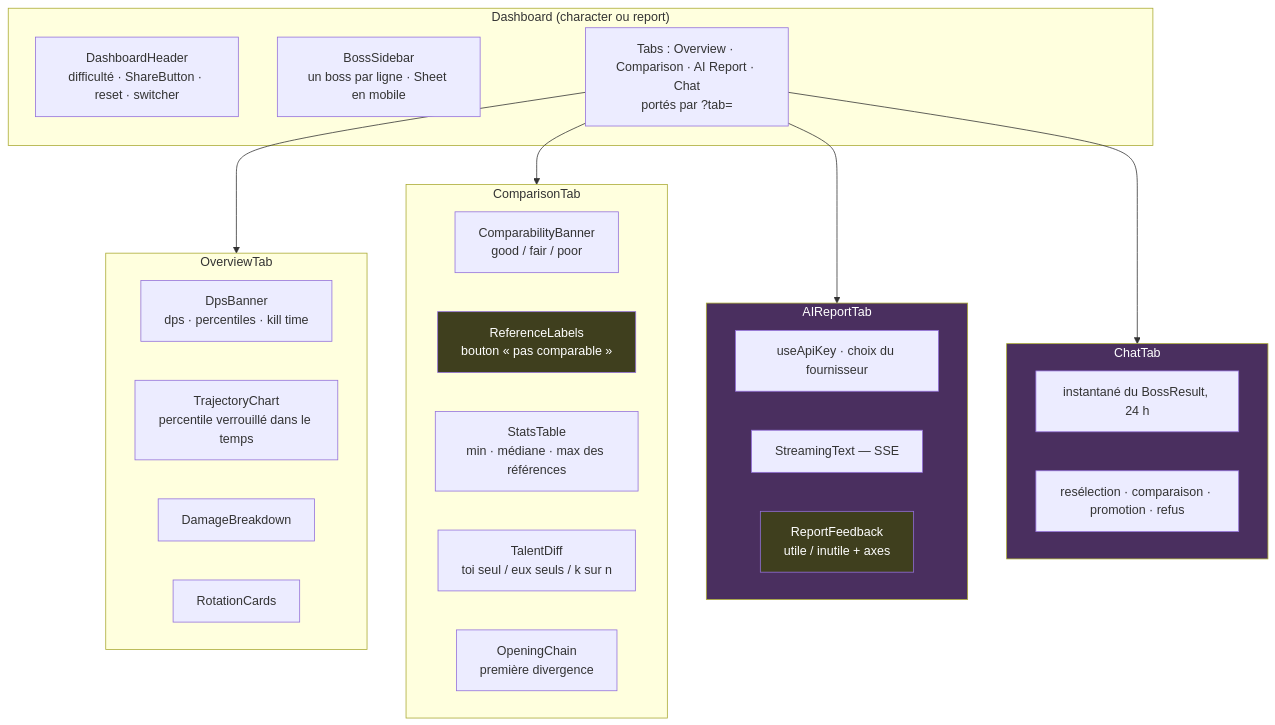
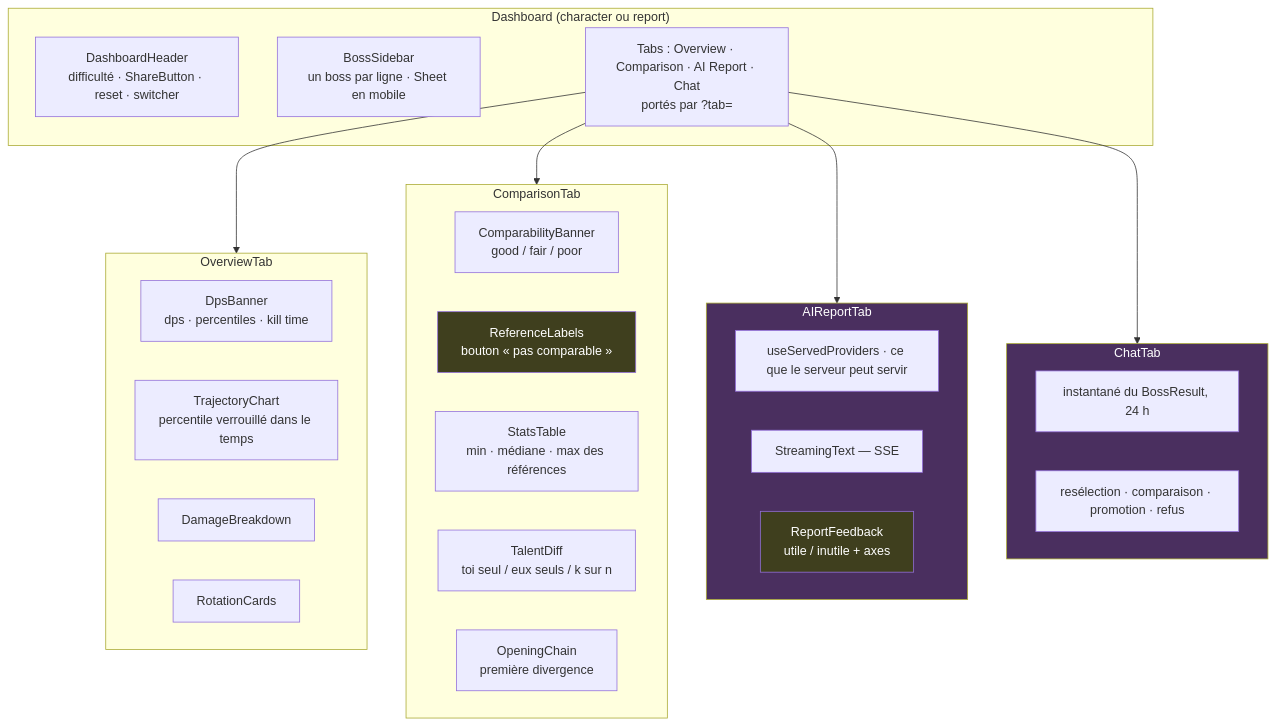
One commit to lafonth/LogLense changed the fourth of 4 diagrams in docs/02-ui-flows.md. Above: the diagram before and after it, drawn with Mermaid. The commit also changed other lines of this file and 27 other files, not shown here.

````diff
--- a/docs/02-ui-flows.md
+++ b/docs/02-ui-flows.md
@@ -205,44 +205,44 @@
 ```mermaid
 graph TB
     subgraph shell["Dashboard (character ou report)"]
         HEAD[DashboardHeader<br/>difficulté · ShareButton · reset · switcher]
         SIDE[BossSidebar<br/>un boss par ligne · Sheet en mobile]
         TABS[Tabs : Overview · Comparison · AI Report · Chat<br/>portés par ?tab=]
     end
 
     TABS --> OV
     TABS --> CP
     TABS --> AIT
     TABS --> CHAT
 
     subgraph OV["OverviewTab"]
         DPS[DpsBanner<br/>dps · percentiles · kill time]
         TRAJ[TrajectoryChart<br/>percentile verrouillé dans le temps]
         DMG[DamageBreakdown]
         ROT[RotationCards]
     end
 
     subgraph CP["ComparisonTab"]
         BAN[ComparabilityBanner<br/>good / fair / poor]
         REFL[ReferenceLabels<br/>bouton « pas comparable »]
         ST[StatsTable<br/>min · médiane · max des références]
         TD[TalentDiff<br/>toi seul / eux seuls / k sur n]
         OC[OpeningChain<br/>première divergence]
     end
 
     subgraph AIT["AIReportTab"]
-        KEY[useApiKey · choix du fournisseur]
+        PROV[useServedProviders · ce que le serveur peut servir]
         STREAM[StreamingText — SSE]
         FB[ReportFeedback<br/>utile / inutile + axes]
     end
 
     subgraph CHAT["ChatTab"]
         SNAP[instantané du BossResult, 24 h]
         TOOLS[resélection · comparaison · promotion · refus]
     end
 
     style REFL fill:#3f3f1e,color:#fff
     style FB fill:#3f3f1e,color:#fff
     style AIT fill:#4a2f5f,color:#fff
     style CHAT fill:#4a2f5f,color:#fff
 ```
````
